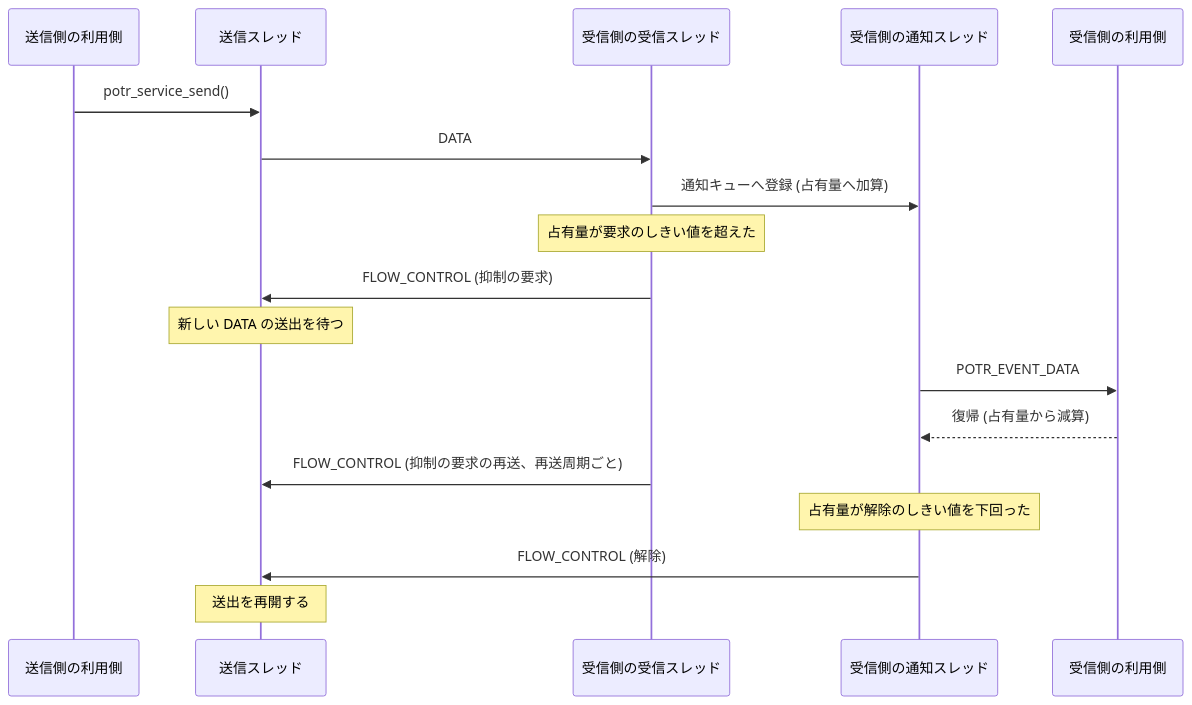
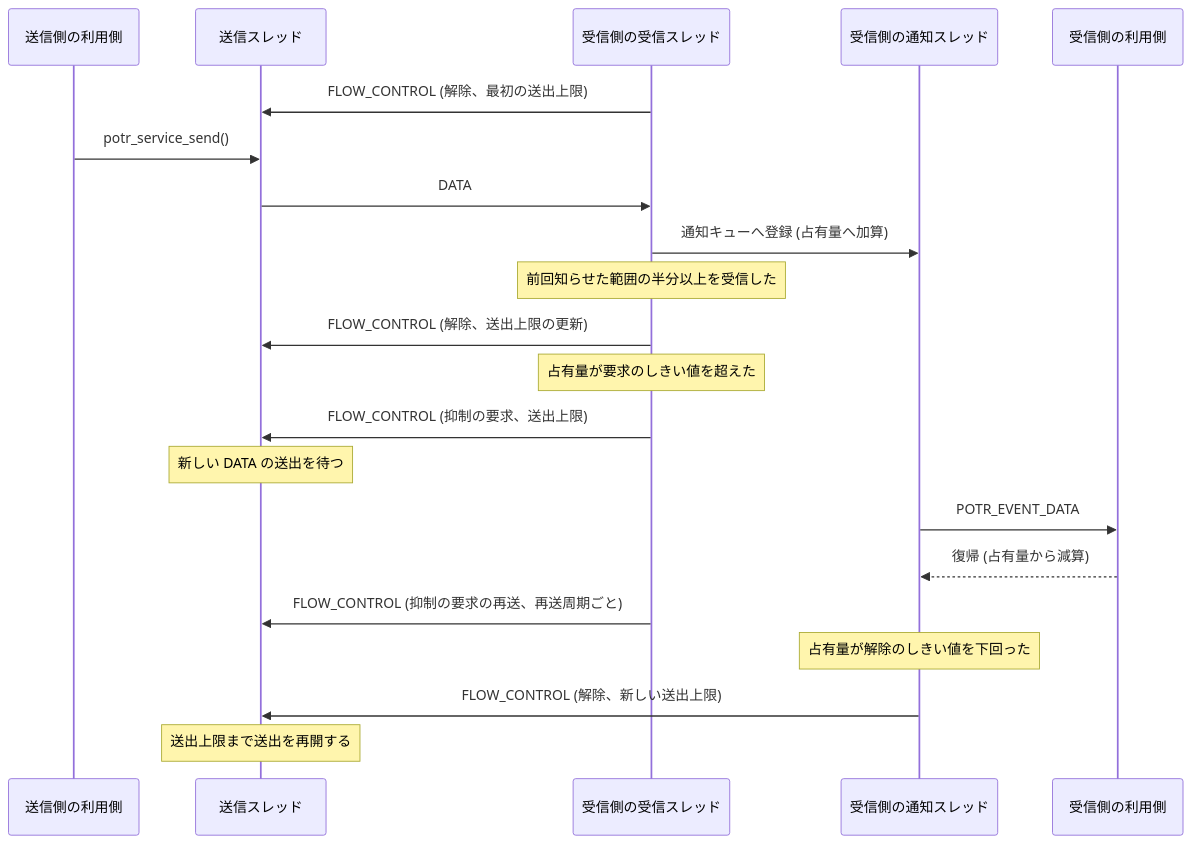
One commit to Hondarer/app_porter changed the eighth of 9 diagrams in docs/architecture.md. Above: the diagram before and after it, drawn with Mermaid. The commit also changed other lines of this file and 34 other files, not shown here.

````diff
--- a/docs/architecture.md
+++ b/docs/architecture.md
@@ -656,21 +660,24 @@
 ```mermaid
 sequenceDiagram
     participant SA as 送信側の利用側
     participant ST as 送信スレッド
     participant RT as 受信側の受信スレッド
     participant NT as 受信側の通知スレッド
     participant RA as 受信側の利用側
 
+    RT->>ST: FLOW_CONTROL (解除、最初の送出上限)
     SA->>ST: potr_service_send()
     ST->>RT: DATA
     RT->>NT: 通知キューへ登録 (占有量へ加算)
+    Note over RT: 前回知らせた範囲の半分以上を受信した
+    RT->>ST: FLOW_CONTROL (解除、送出上限の更新)
     Note over RT: 占有量が要求のしきい値を超えた
-    RT->>ST: FLOW_CONTROL (抑制の要求)
+    RT->>ST: FLOW_CONTROL (抑制の要求、送出上限)
     Note over ST: 新しい DATA の送出を待つ
     NT->>RA: POTR_EVENT_DATA
     RA-->>NT: 復帰 (占有量から減算)
     RT->>ST: FLOW_CONTROL (抑制の要求の再送、再送周期ごと)
     Note over NT: 占有量が解除のしきい値を下回った
-    NT->>ST: FLOW_CONTROL (解除)
-    Note over ST: 送出を再開する
+    NT->>ST: FLOW_CONTROL (解除、新しい送出上限)
+    Note over ST: 送出上限まで送出を再開する
 ```
````
